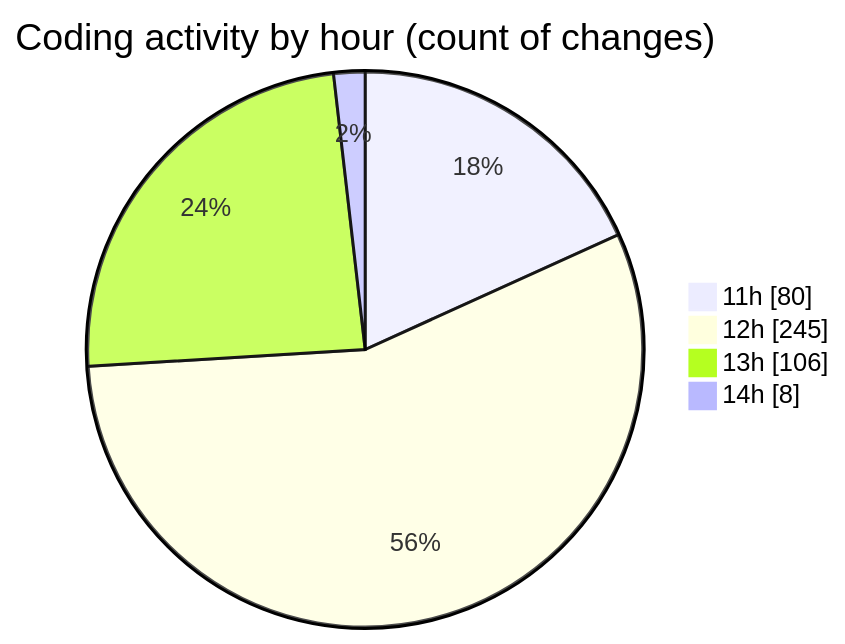
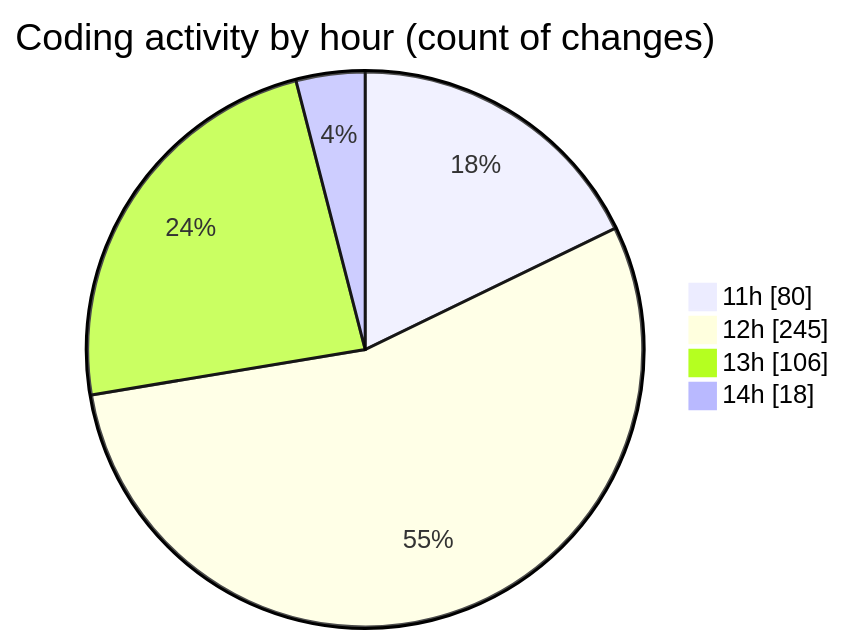
One commit to nxtqubesakshisongat/code-tracking changed the second of 2 diagrams in 2025-04-19/nxtqube_webapp/README.md. Above: the diagram before and after it, drawn with Mermaid. The commit also changed other lines of this file and 1 other file, not shown here.

````diff
--- a/2025-04-19/nxtqube_webapp/README.md
+++ b/2025-04-19/nxtqube_webapp/README.md
@@ -46,8 +50,8 @@
 ```mermaid
 pie showData
 title Coding activity by hour (count of changes)
 "11h" : 80
 "12h" : 245
 "13h" : 106
-"14h" : 8
+"14h" : 18
 ```
````
